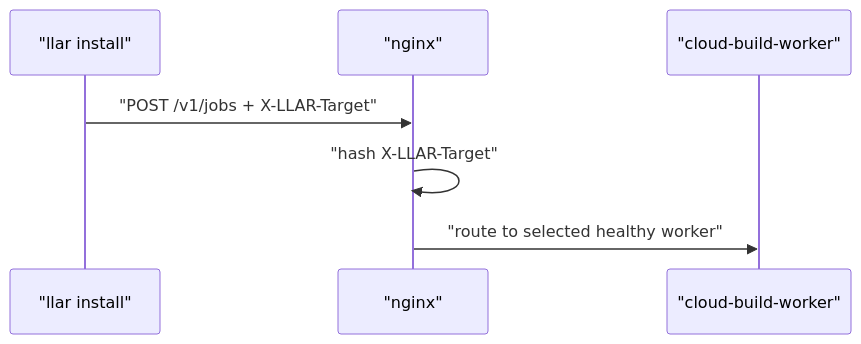
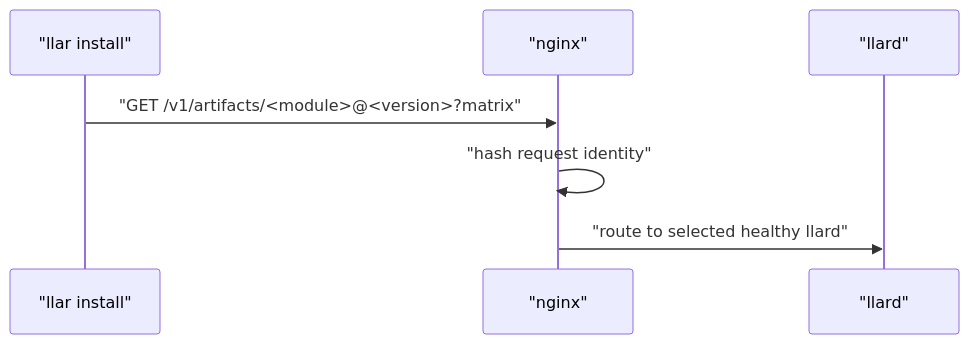
One commit to MeteorsLiu/llar changed the first of 6 diagrams in docs/superpowers/specs/2026-06-08-cloud-build-worker-architecture.md. Above: the diagram before and after it, drawn with Mermaid. The commit also changed other lines of this file and 4 other files, not shown here.

````diff
--- a/docs/superpowers/specs/2026-06-08-cloud-build-worker-architecture.md
+++ b/docs/superpowers/specs/2026-06-08-cloud-build-worker-architecture.md
@@ -393,10 +396,10 @@
 ```mermaid
 sequenceDiagram
   participant Client as "llar install"
   participant Nginx as "nginx"
-  participant Worker as "cloud-build-worker"
+  participant Llard as "llard"
 
-  Client->>Nginx: "POST /v1/jobs + X-LLAR-Target"
-  Nginx->>Nginx: "hash X-LLAR-Target"
-  Nginx->>Worker: "route to selected healthy worker"
+  Client->>Nginx: "GET /v1/artifacts/<module>@<version>?matrix"
+  Nginx->>Nginx: "hash request identity"
+  Nginx->>Llard: "route to selected healthy llard"
 ```
````
